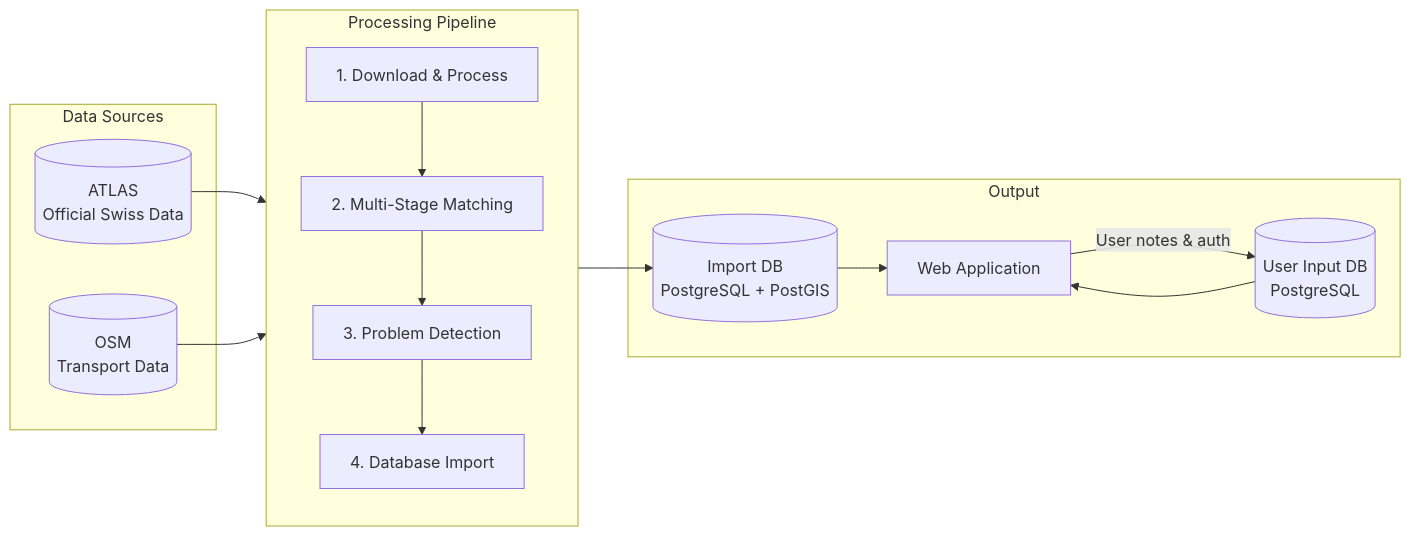
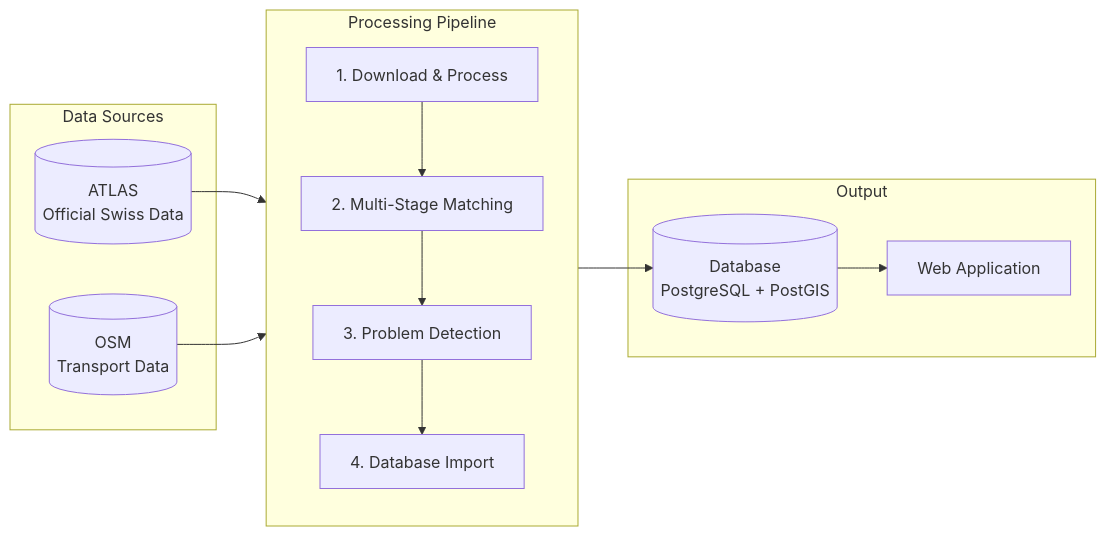
Before and after one commit to openTdataCH/stop_sync_osm_atlas: the diagram in documentation/0. Intro.md, drawn with Mermaid. The commit also changed other lines of this file and 49 other files, not shown here.

````diff
--- a/documentation/0. Intro.md
+++ b/documentation/0. Intro.md
@@ -33,29 +33,26 @@
 ```mermaid
 flowchart LR
     subgraph Sources["Data Sources"]
         A[("ATLAS<br/>Official Swiss Data")]
         O[("OSM<br/>Transport Data")]
     end
 
     subgraph Pipeline["Processing Pipeline"]
         direction TB
         D["1. Download & Process"]
         M["2. Multi-Stage Matching"]
         P["3. Problem Detection"]
         I["4. Database Import"]
         D --> M --> P --> I
     end
 
     subgraph Output["Output"]
-        IDB[("Import DB<br/>PostgreSQL + PostGIS")]
-        UIB[("User Input DB<br/>PostgreSQL")]
+        DB[("Database<br/>PostgreSQL + PostGIS")]
         W["Web Application"]
-        IDB --> W
-        UIB --> W
+        DB --> W
     end
 
     A --> D
     O --> D
-    I --> IDB
-    W -->|"User notes &amp; auth"| UIB
+    I --> DB
 ```
````
